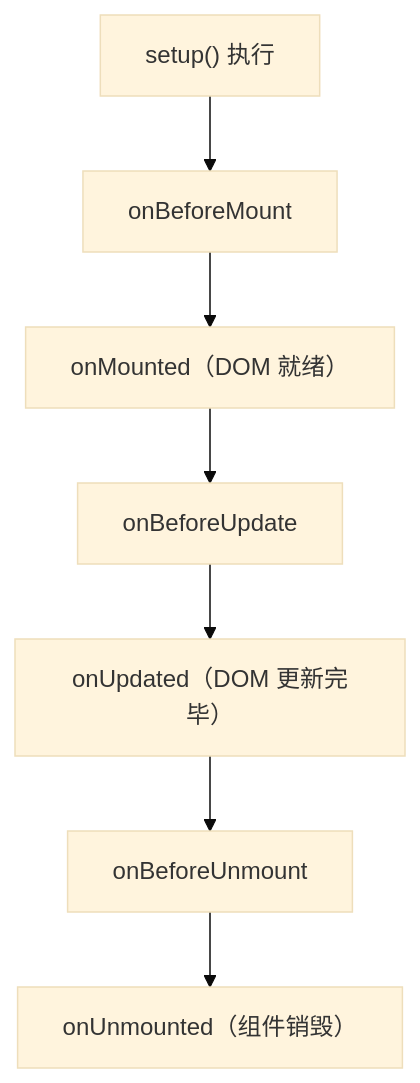
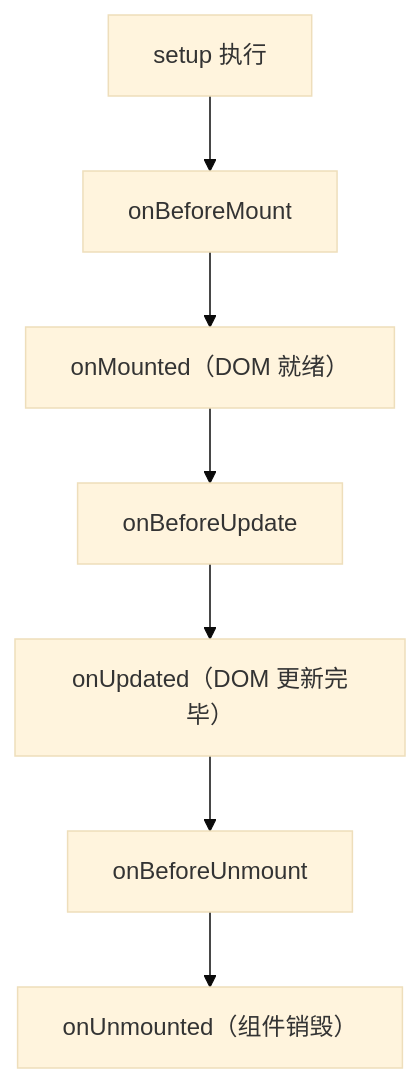
The second of 3 diagrams in _posts/2026-08-01-vue-common-objects.md (Tonite14/tonite14.github.io), drawn with Mermaid (base theme) before and after one commit. The commit also changed other lines of this file, not shown here.

````diff
--- a/_posts/2026-08-01-vue-common-objects.md
+++ b/_posts/2026-08-01-vue-common-objects.md
@@ -134,9 +134,9 @@
 ```mermaid
-flowchart TD
-    A["setup() 执行"] --> B["onBeforeMount"]
+graph TD
+    A[setup 执行] --> B[onBeforeMount]
     B --> C["onMounted（DOM 就绪）"]
     C --> D["onBeforeUpdate"]
     D --> E["onUpdated（DOM 更新完毕）"]
     E --> F["onBeforeUnmount"]
     F --> G["onUnmounted（组件销毁）"]
 ```
````
